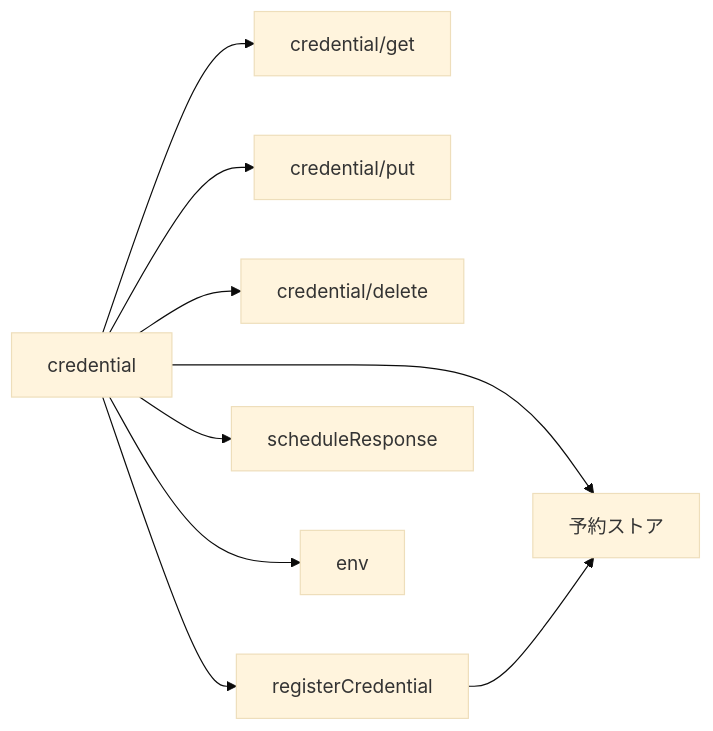
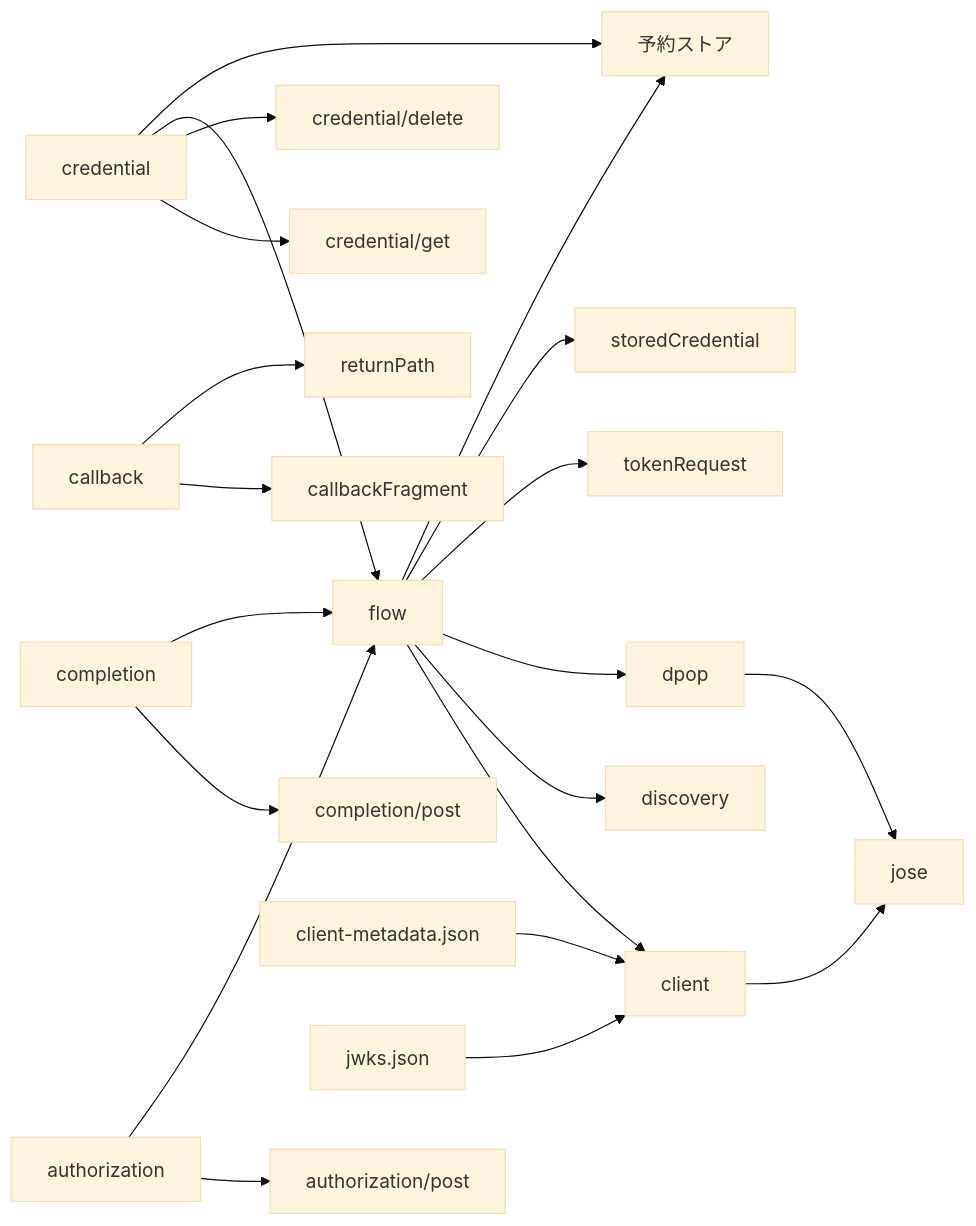
One commit to nekono-dev/skyshare changed the second of 3 diagrams in specs/schedule-api/design.md. Above: the diagram before and after it, drawn with Mermaid (base theme). The commit also changed other lines of this file and 88 other files, not shown here.

````diff
--- a/specs/schedule-api/design.md
+++ b/specs/schedule-api/design.md
@@ -59,11 +75,23 @@
 ```mermaid
 flowchart LR
   credential --> credentialGet["credential/get"]
-  credential --> credentialPut["credential/put"]
   credential --> credentialDelete["credential/delete"]
-  credential --> registerCredential
+  credential --> flow
   credential --> ext_store["予約ストア"]
-  credential --> scheduleResponse
-  credential --> env
-  registerCredential --> ext_store
+  authorization --> authorizationPost["authorization/post"]
+  authorization --> flow
+  completion --> completionPost["completion/post"]
+  completion --> flow
+  callback --> callbackFragment
+  callback --> returnPath
+  metadata["client-metadata.json"] --> client
+  jwks["jwks.json"] --> client
+  flow --> client
+  flow --> discovery
+  flow --> dpop
+  flow --> tokenRequest
+  flow --> storedCredential
+  flow --> ext_store
+  client --> jose
+  dpop --> jose
 ```
````
